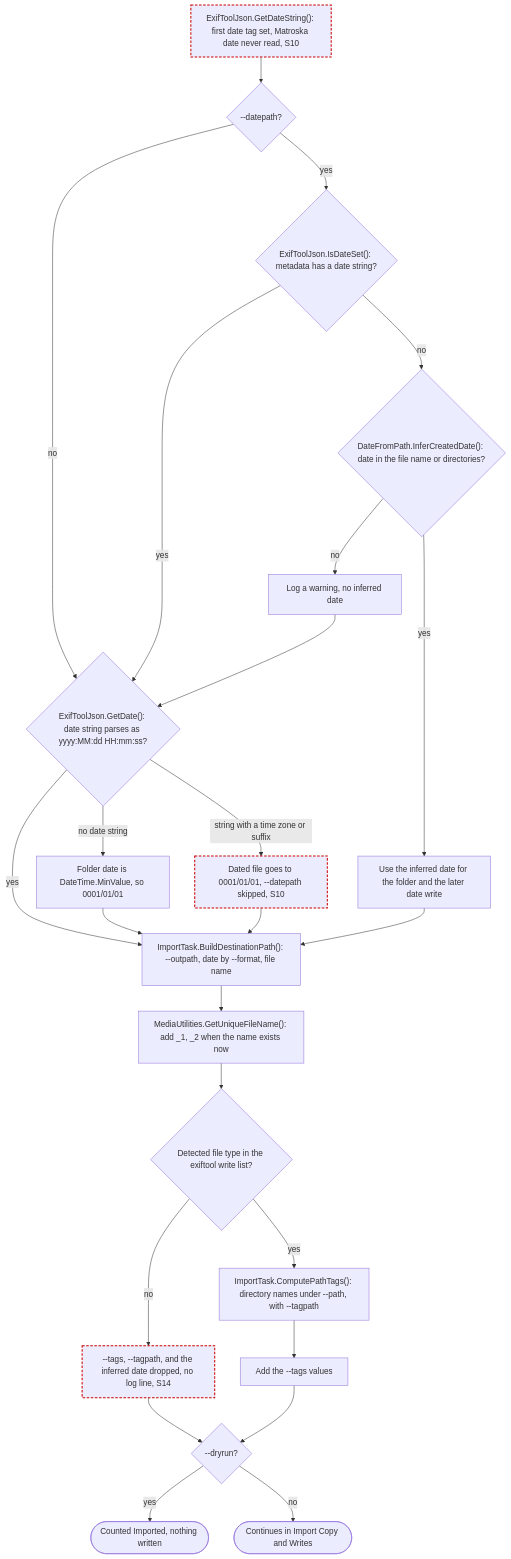
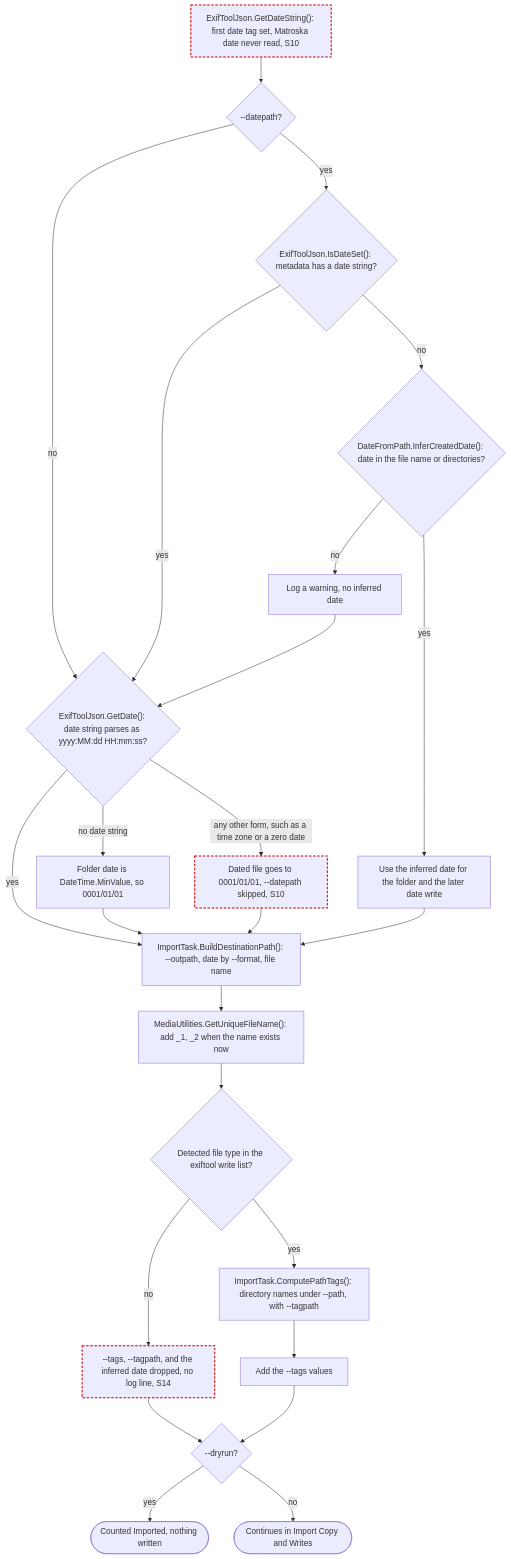
Diagram 12 of 23 in ARCHITECTURE.md (ptr727/PhotoCleaner), drawn with Mermaid before and after one commit. The commit also changed other lines of this file and 2 other files, not shown here.

First line of the commit message:
Correct Nine Diagram and Prose Claims Against the Code

````diff
--- a/ARCHITECTURE.md
+++ b/ARCHITECTURE.md
@@ -694,28 +694,28 @@
 ```mermaid
 flowchart TD
   start["ExifToolJson.GetDateString(): first date tag set, Matroska date never read, S10"]:::suspect
   start --> dpQ{"--datepath?"}
   dpQ -->|"no"| getDate
   dpQ -->|"yes"| setQ{"ExifToolJson.IsDateSet(): metadata has a date string?"}
   setQ -->|"yes"| getDate{"ExifToolJson.GetDate(): date string parses as yyyy:MM:dd HH:mm:ss?"}
   setQ -->|"no"| infer{"DateFromPath.InferCreatedDate(): date in the file name or directories?"}
   infer -->|"yes"| inferred["Use the inferred date for the folder and the later date write"]
   infer -->|"no"| inferWarn["Log a warning, no inferred date"]
   inferWarn --> getDate
   getDate -->|"yes"| build
   getDate -->|"no date string"| minDate["Folder date is DateTime.MinValue, so 0001/01/01"]
-  getDate -->|"string with a time zone or suffix"| tzDate["Dated file goes to 0001/01/01, --datepath skipped, S10"]:::suspect
+  getDate -->|"any other form, such as a time zone or a zero date"| tzDate["Dated file goes to 0001/01/01, --datepath skipped, S10"]:::suspect
   minDate --> build
   tzDate --> build
   inferred --> build["ImportTask.BuildDestinationPath(): --outpath, date by --format, file name"]
   build --> unique["MediaUtilities.GetUniqueFileName(): add _1, _2 when the name exists now"]
   unique --> writeQ{"Detected file type in the exiftool write list?"}
   writeQ -->|"no"| dropped["--tags, --tagpath, and the inferred date dropped, no log line, S14"]:::suspect
   writeQ -->|"yes"| tags["ImportTask.ComputePathTags(): directory names under --path, with --tagpath"]
   tags --> addTags["Add the --tags values"]
   dropped --> dryQ{"--dryrun?"}
   addTags --> dryQ
   dryQ -->|"yes"| dryImported(["Counted Imported, nothing written"])
   dryQ -->|"no"| next(["Continues in Import Copy and Writes"])
   classDef suspect stroke:#c00,stroke-width:2px,stroke-dasharray:5 3
 ```
````
